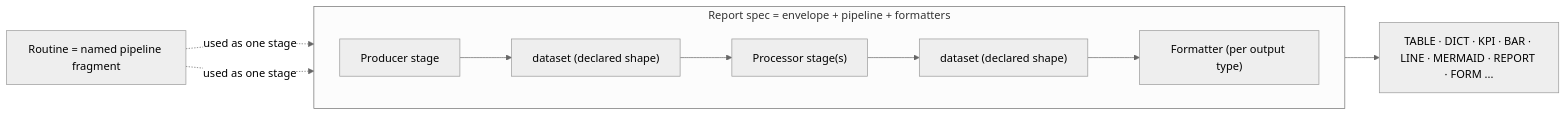
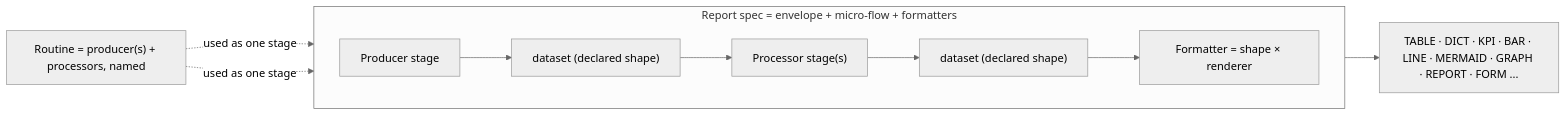
Before and after one commit to odpi/egeria-workspaces: the first of 2 diagrams in portal-docs/Internals/report-spec-pipeline-model.md, drawn with Mermaid (neutral theme). The commit also changed other lines of this file and 2 other files, not shown here.

First line of the commit message:
docs(portal): report-spec micro-flow model v5.1 — JSON + Dr.Egeria examples, local dashboards, Egeria mapping corrected

````diff
--- a/portal-docs/Internals/report-spec-pipeline-model.md
+++ b/portal-docs/Internals/report-spec-pipeline-model.md
@@ -43,13 +78,13 @@
 ```mermaid
 flowchart LR
-  subgraph spec["Report spec = envelope + pipeline + formatters"]
+  subgraph spec["Report spec = envelope + micro-flow + formatters"]
     direction LR
     P["Producer stage"] --> D1["dataset (declared shape)"]
     D1 --> X["Processor stage(s)"]
     X --> D2["dataset (declared shape)"]
-    D2 --> F["Formatter (per output type)"]
+    D2 --> F["Formatter = shape × renderer"]
   end
-  F --> O["TABLE · DICT · KPI · BAR · LINE · MERMAID · REPORT · FORM ..."]
-  R["Routine = named pipeline fragment"] -. "used as one stage" .-> X
-  R -. "used as one stage" .-> P
+  F --> O["TABLE · DICT · KPI · BAR · LINE · MERMAID · GRAPH · REPORT · FORM ..."]
+  R["Routine = producer(s) + processors, named"] -. "used as one stage" .-> P
+  R -. "used as one stage" .-> X
 ```
````
